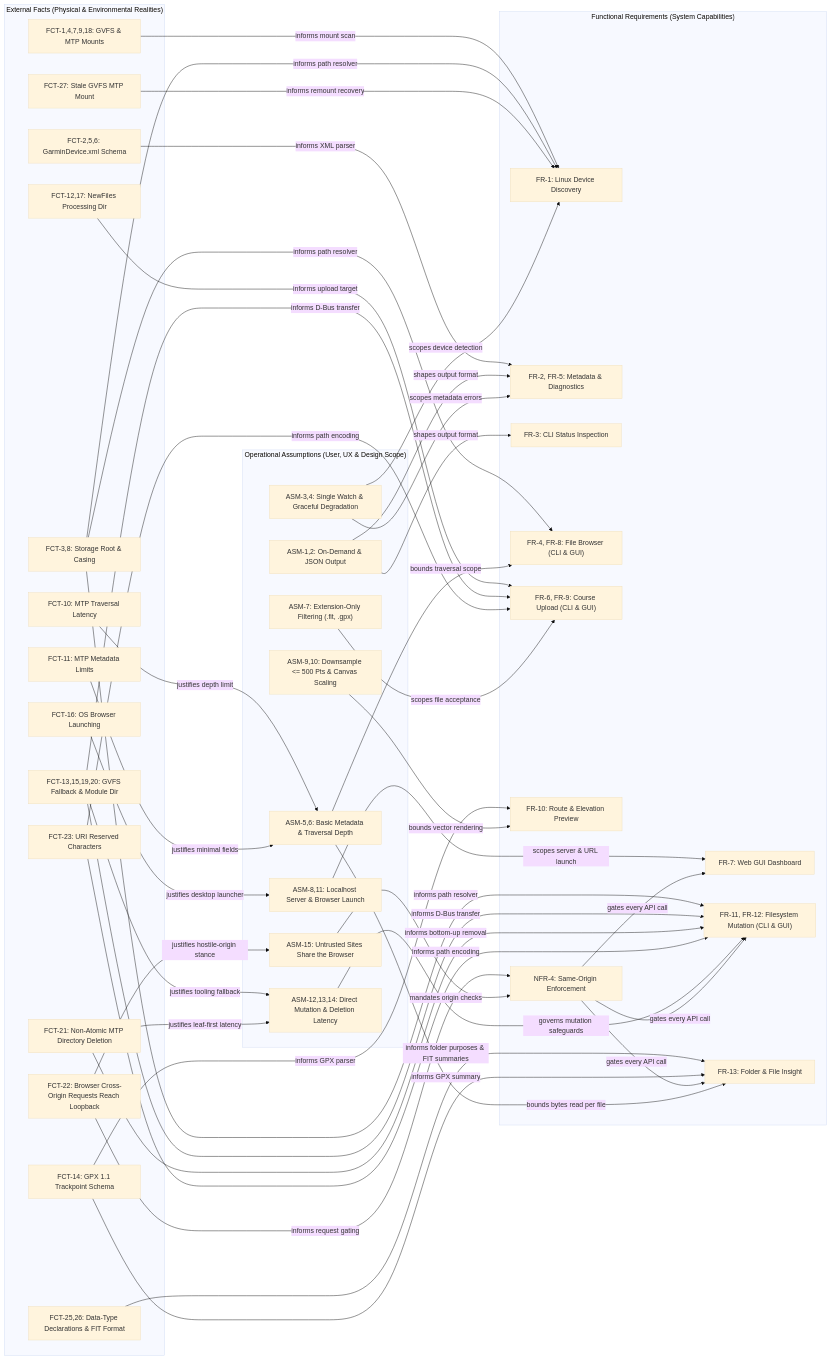
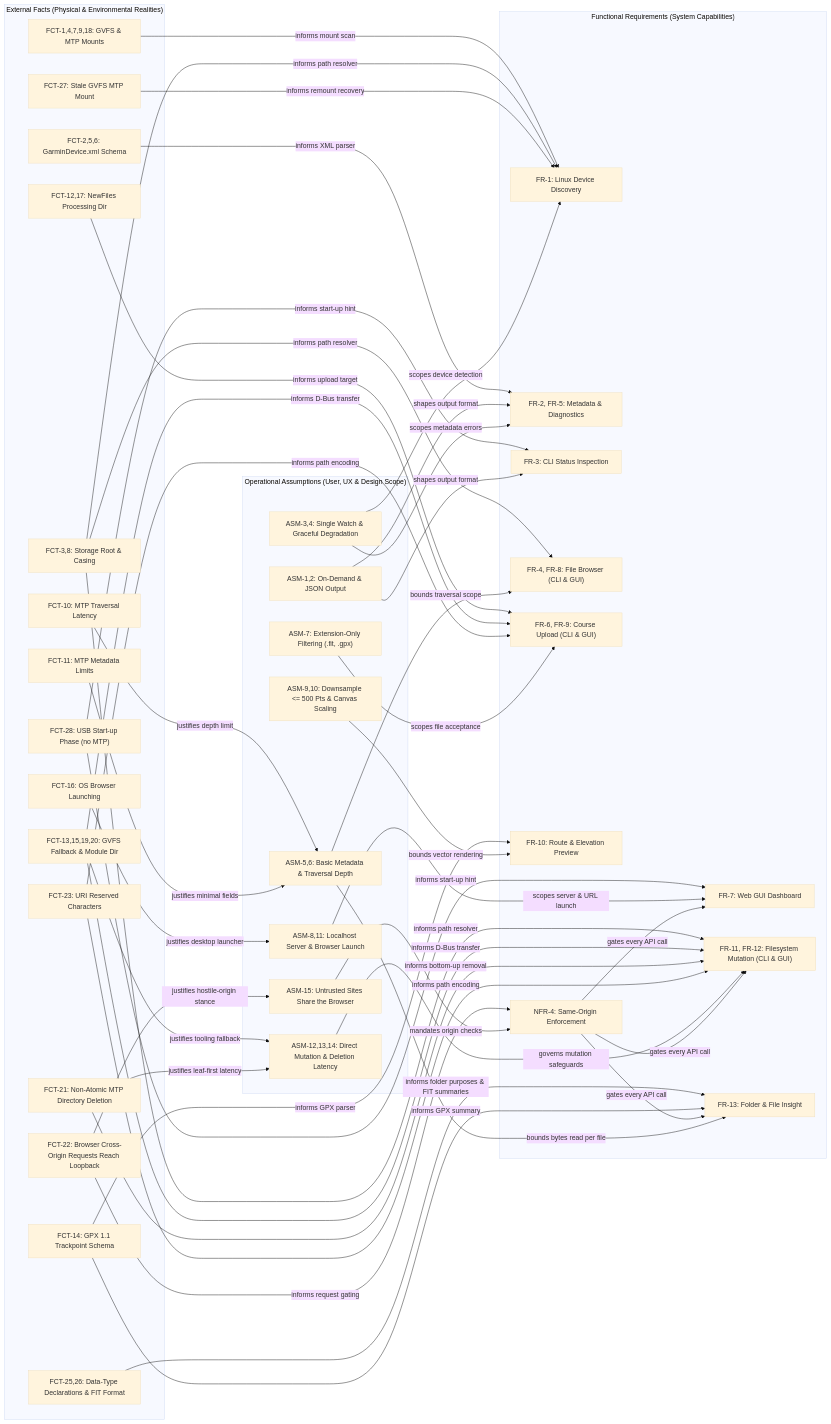
The first of 2 diagrams in specs/constitution.md (jvanheerikhuize/garmin-connector), drawn with Mermaid (base theme) before and after one commit. The commit also changed other lines of this file and 6 other files, not shown here.

First line of the commit message:
feat(specs): explain the watch's USB start-up phase (FCT-28)

```diff
--- a/specs/constitution.md
+++ b/specs/constitution.md
@@ -107,6 +108,7 @@
         FCT_URI["FCT-23: URI Reserved Characters"]
         FCT_Decl["FCT-25,26: Data-Type Declarations & FIT Format"]
         FCT_Stale["FCT-27: Stale GVFS MTP Mount"]
+        FCT_Startup["FCT-28: USB Start-up Phase (no MTP)"]
     end
 
     subgraph Assumptions["Operational Assumptions (User, UX & Design Scope)"]
@@ -158,6 +160,8 @@
     FCT_Decl -->|"informs folder purposes & FIT summaries"| FR_Insight
     FCT_GPX -->|"informs GPX summary"| FR_Insight
     FCT_Stale -->|"informs remount recovery"| FR_Discovery
+    FCT_Startup -->|"informs start-up hint"| FR_Status
+    FCT_Startup -->|"informs start-up hint"| FR_Dashboard
 
     %% Relations from Assumptions to Requirements
     ASM_Output -->|"shapes output format"| FR_Status
```
